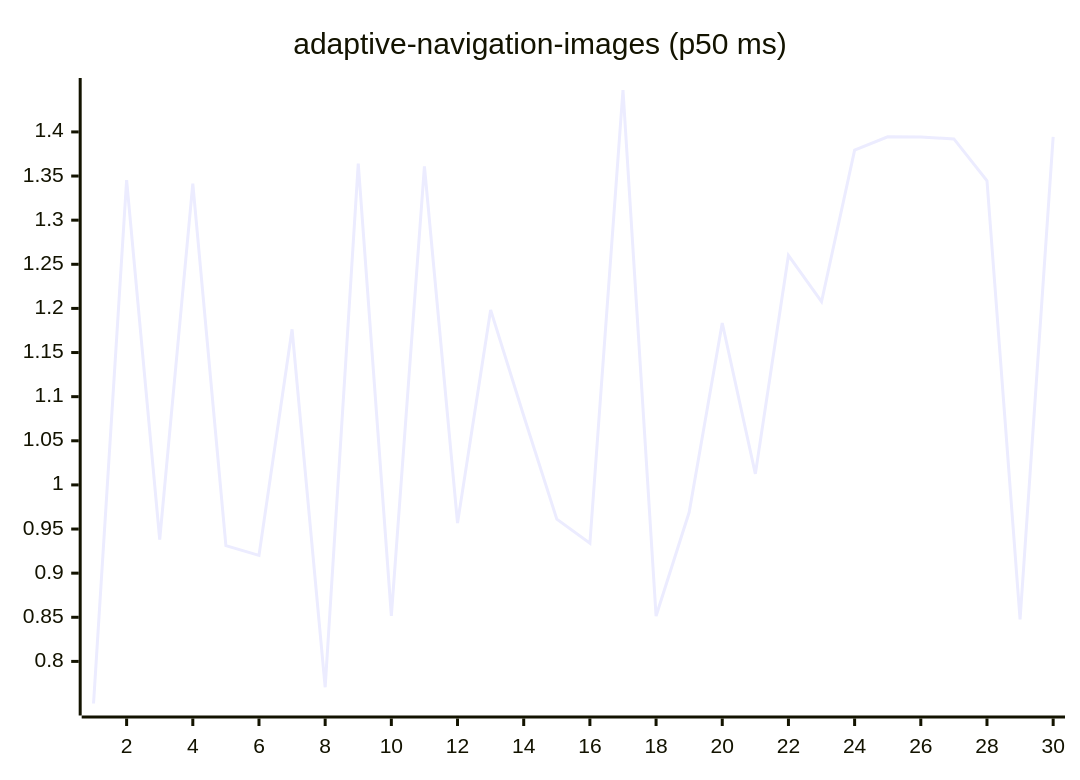
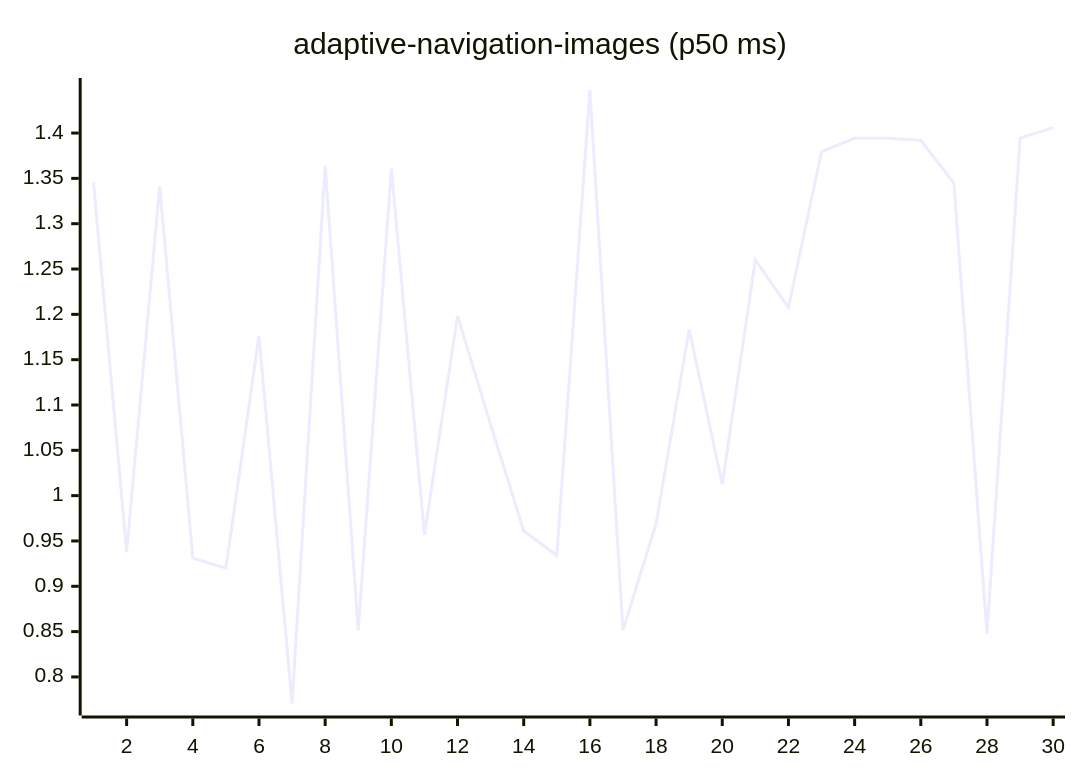
The first of 27 diagrams in README.md (josha/Facet), drawn with Mermaid before and after one commit. The commit also changed other lines of this file and 2 other files, not shown here.

````diff
--- a/README.md
+++ b/README.md
@@ -63,6 +63,6 @@
 ```mermaid
 xychart-beta
     title "adaptive-navigation-images (p50 ms)"
     x-axis 1 --> 30
-    line [0.7523, 1.3455, 0.9380, 1.3415, 0.9312, 0.9201, 1.1763, 0.7707, 1.3642, 0.8516, 1.3610, 0.9567, 1.1983, 1.0783, 0.9612, 0.9339, 1.4475, 0.8514, 0.9690, 1.1835, 1.0125, 1.2600, 1.2076, 1.3793, 1.3944, 1.3942, 1.3921, 1.3447, 0.8475, 1.3944]
+    line [1.3455, 0.9380, 1.3415, 0.9312, 0.9201, 1.1763, 0.7707, 1.3642, 0.8516, 1.3610, 0.9567, 1.1983, 1.0783, 0.9612, 0.9339, 1.4475, 0.8514, 0.9690, 1.1835, 1.0125, 1.2600, 1.2076, 1.3793, 1.3944, 1.3942, 1.3921, 1.3447, 0.8475, 1.3944, 1.4060]
 ```
````
